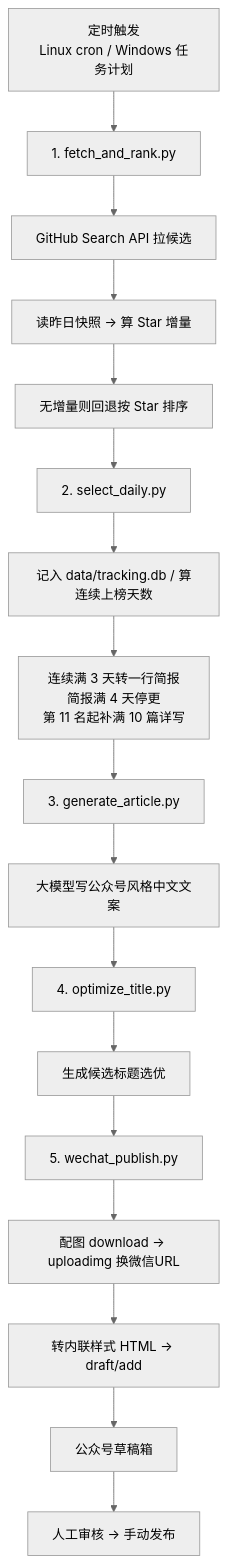
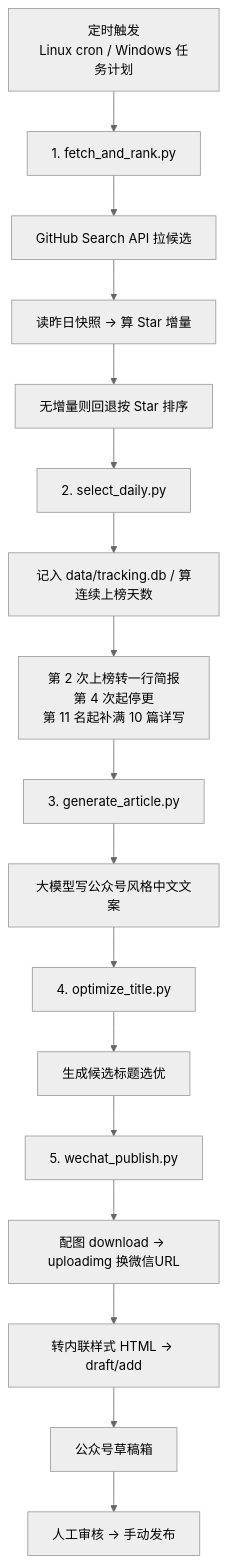
The diagram in README.md (chenchen-0212/github-trending-to-wechat), drawn with Mermaid (neutral theme) before and after one commit. The commit also changed other lines of this file and 4 other files, not shown here.

````diff
--- a/README.md
+++ b/README.md
@@ -13,19 +13,19 @@
 ```mermaid
 flowchart TD
     A[定时触发<br/>Linux cron / Windows 任务计划] --> B[1. fetch_and_rank.py]
     B --> B1[GitHub Search API 拉候选]
     B1 --> B2[读昨日快照 → 算 Star 增量]
     B2 --> B3[无增量则回退按 Star 排序]
     B3 --> B4[2. select_daily.py]
     B4 --> B5[记入 data/tracking.db / 算连续上榜天数]
-    B5 --> B6[连续满 3 天转一行简报<br/>简报满 4 天停更<br/>第 11 名起补满 10 篇详写]
+    B5 --> B6[第 2 次上榜转一行简报<br/>第 4 次起停更<br/>第 11 名起补满 10 篇详写]
     B6 --> C[3. generate_article.py]
     C --> C1[大模型写公众号风格中文文案]
     C1 --> D[4. optimize_title.py]
     D --> D1[生成候选标题选优]
     D1 --> E[5. wechat_publish.py]
     E --> E1[配图 download → uploadimg 换微信URL]
     E1 --> E2[转内联样式 HTML → draft/add]
     E2 --> F[公众号草稿箱]
     F --> G[人工审核 → 手动发布]
 ```
````
